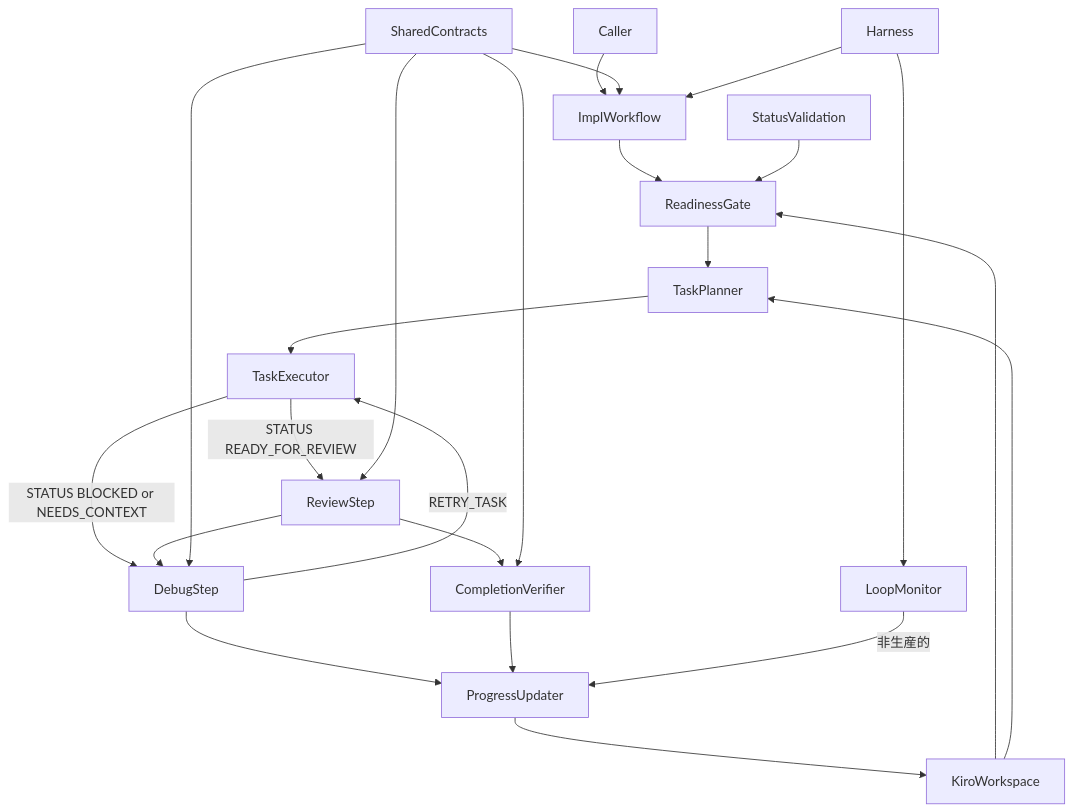
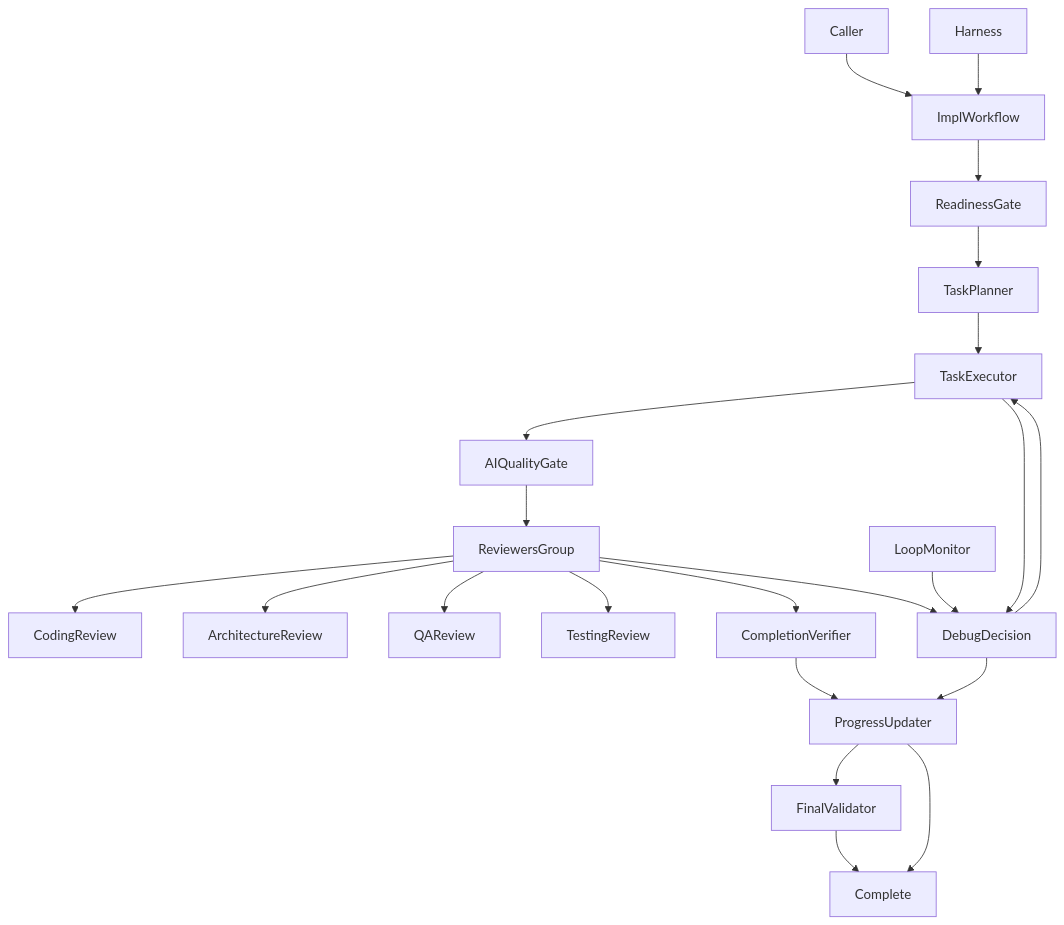
Before and after one commit to j5ik2o/takt-sdd: the first of 4 diagrams in .kiro/specs/kiro-iterative-implementation-workflow/design.md, drawn with Mermaid. The commit also changed other lines of this file and 22 other files, not shown here.

Commit message:
feat(kiro): add parallel implementation reviewers

````diff
--- a/.kiro/specs/kiro-iterative-implementation-workflow/design.md
+++ b/.kiro/specs/kiro-iterative-implementation-workflow/design.md
@@ -72,25 +79,24 @@
 ```mermaid
 graph TB
     Caller --> ImplWorkflow
     ImplWorkflow --> ReadinessGate
     ReadinessGate --> TaskPlanner
     TaskPlanner --> TaskExecutor
-    TaskExecutor -->|STATUS READY_FOR_REVIEW| ReviewStep
-    TaskExecutor -->|STATUS BLOCKED or NEEDS_CONTEXT| DebugStep
-    ReviewStep --> CompletionVerifier
-    ReviewStep --> DebugStep
-    DebugStep -->|RETRY_TASK| TaskExecutor
-    DebugStep --> ProgressUpdater
+    TaskExecutor --> AIQualityGate
+    AIQualityGate --> ReviewersGroup
+    ReviewersGroup --> CodingReview
+    ReviewersGroup --> ArchitectureReview
+    ReviewersGroup --> QAReview
+    ReviewersGroup --> TestingReview
+    ReviewersGroup --> CompletionVerifier
+    ReviewersGroup --> DebugDecision
+    TaskExecutor --> DebugDecision
+    DebugDecision --> TaskExecutor
+    DebugDecision --> ProgressUpdater
     CompletionVerifier --> ProgressUpdater
-    LoopMonitor -->|非生産的| ProgressUpdater
-    StatusValidation --> ReadinessGate
-    SharedContracts --> ImplWorkflow
-    SharedContracts --> ReviewStep
-    SharedContracts --> DebugStep
-    SharedContracts --> CompletionVerifier
-    KiroWorkspace --> ReadinessGate
-    KiroWorkspace --> TaskPlanner
-    ProgressUpdater --> KiroWorkspace
+    ProgressUpdater --> FinalValidator
+    ProgressUpdater --> Complete
+    FinalValidator --> Complete
+    LoopMonitor --> DebugDecision
     Harness --> ImplWorkflow
-    Harness --> LoopMonitor
 ```
````
